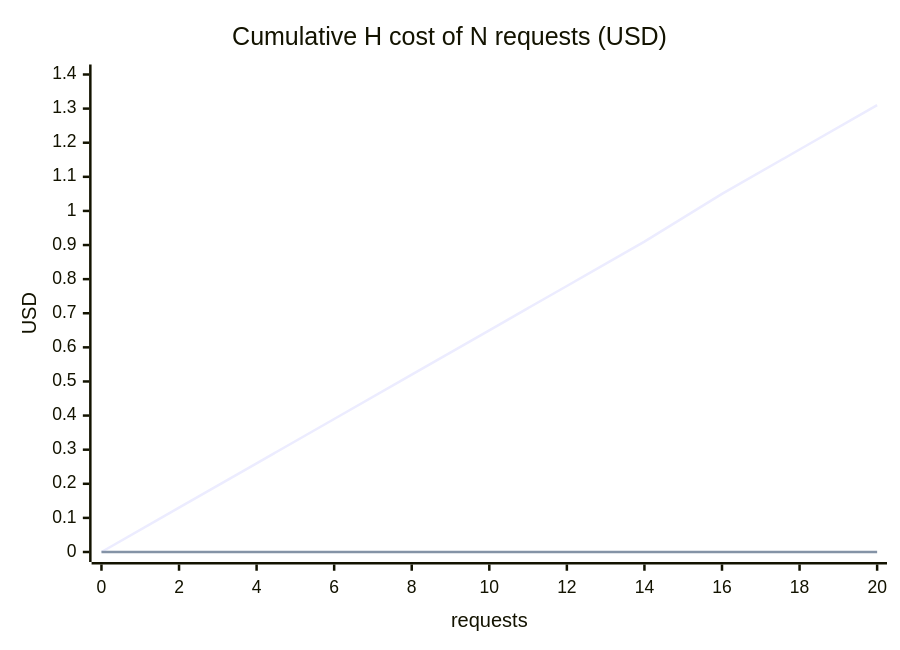
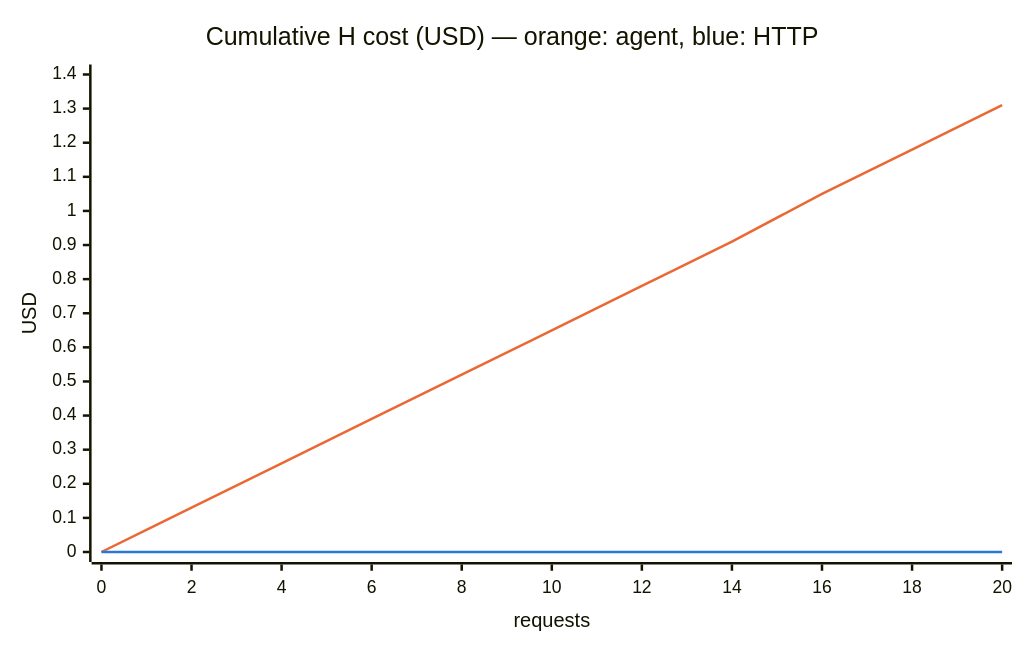
The fifth of 5 diagrams in README.md (gurul/apiH), drawn with Mermaid before and after one commit. The commit also changed other lines of this file, not shown here.

First line of the commit message:
docs: improve README eval charts readability

````diff
--- a/README.md
+++ b/README.md
@@ -410,8 +426,16 @@
 ```mermaid
+---
+config:
+  xyChart:
+    width: 800
+  themeVariables:
+    xyChart:
+      plotColorPalette: "#eb6834, #2a78d6"
+---
 xychart-beta
-    title "Cumulative H cost of N requests (USD)"
+    title "Cumulative H cost (USD) — orange: agent, blue: HTTP"
     x-axis "requests" [0, 2, 4, 6, 8, 10, 12, 14, 16, 18, 20]
     y-axis "USD" 0 --> 1.4
     line [0, 0.13, 0.26, 0.39, 0.52, 0.65, 0.78, 0.91, 1.05, 1.18, 1.31]
     line [0, 0, 0, 0, 0, 0, 0, 0, 0, 0, 0]
 ```
````
